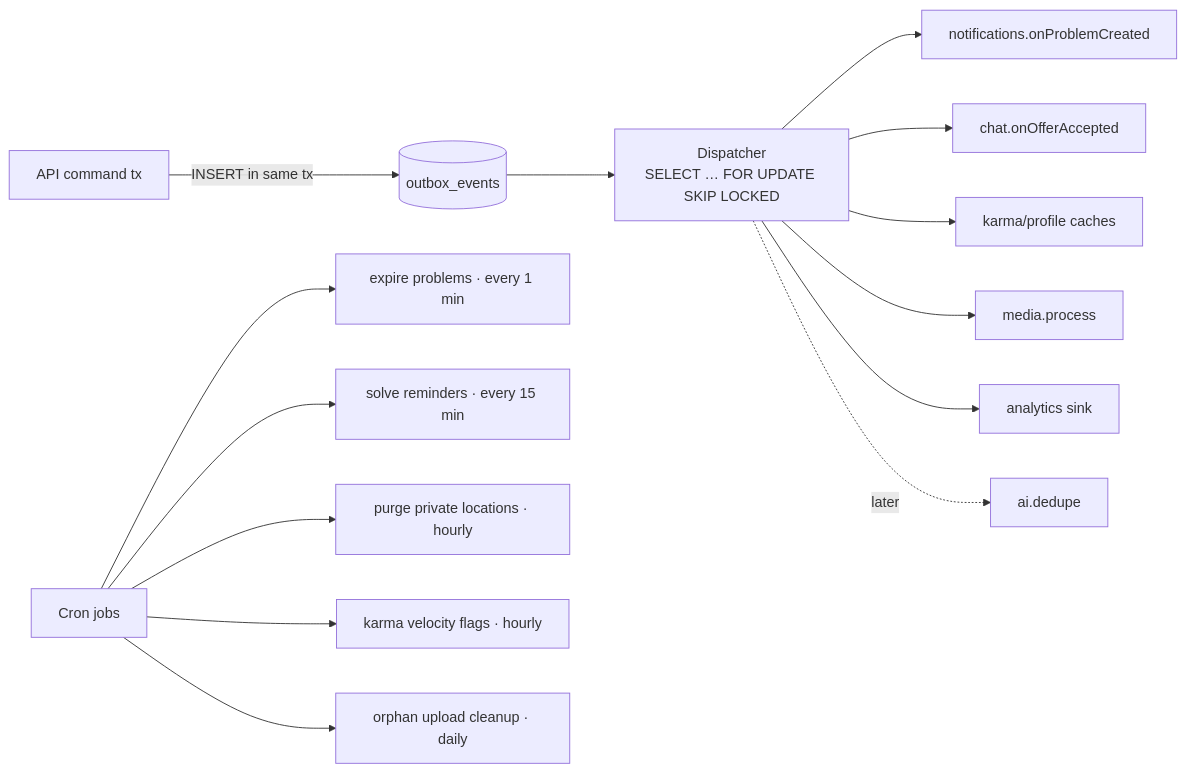
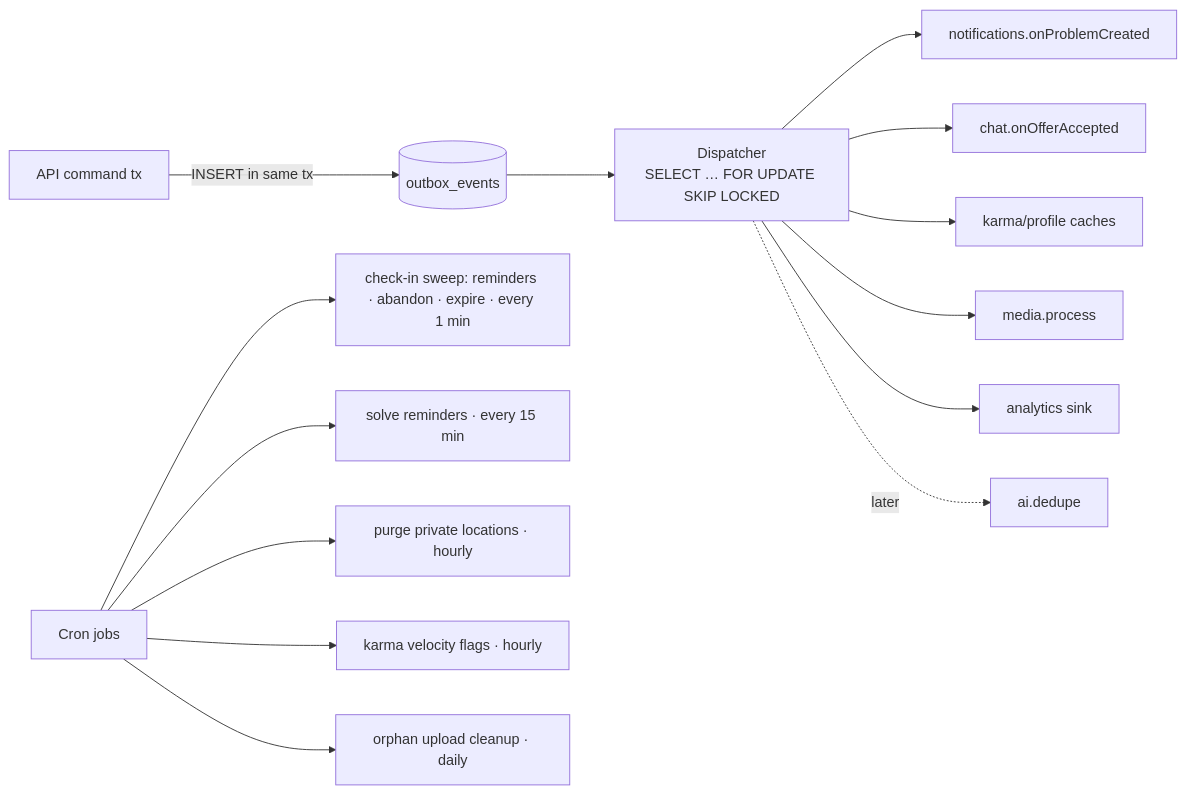
Before and after one commit to thedeepakreddy/HelpIN: the third of 4 diagrams in docs/03-architecture.md, drawn with Mermaid. The commit also changed other lines of this file and 7 other files, not shown here.

````diff
--- a/docs/03-architecture.md
+++ b/docs/03-architecture.md
@@ -258,16 +258,16 @@
 ```mermaid
 flowchart LR
   Cmd[API command tx] -- "INSERT in same tx" --> OB[(outbox_events)]
   OB --> D[Dispatcher<br/>SELECT … FOR UPDATE SKIP LOCKED]
   D --> C1[notifications.onProblemCreated]
   D --> C2[chat.onOfferAccepted]
   D --> C3[karma/profile caches]
   D --> C4[media.process]
   D --> C5[analytics sink]
   D -. later .-> C6[ai.dedupe]
-  Cron[Cron jobs] --> J1[expire problems · every 1 min]
+  Cron[Cron jobs] --> J1[check-in sweep: reminders · abandon · expire · every 1 min]
   Cron --> J2[solve reminders · every 15 min]
   Cron --> J3[purge private locations · hourly]
   Cron --> J4[karma velocity flags · hourly]
   Cron --> J5[orphan upload cleanup · daily]
 ```
````
